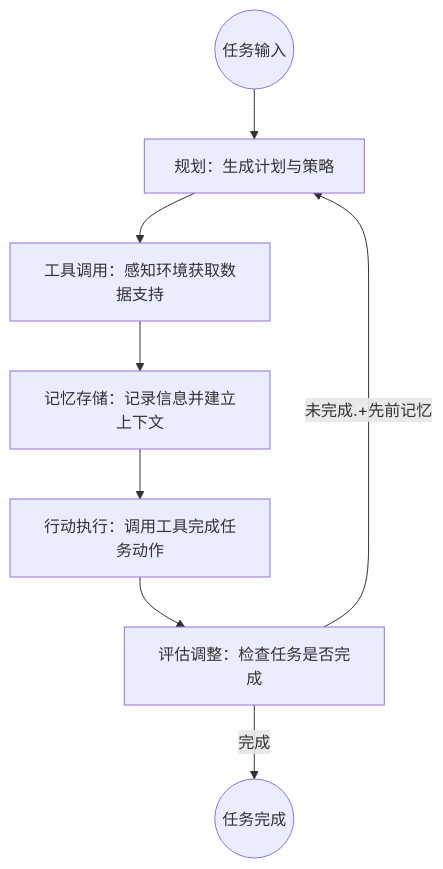
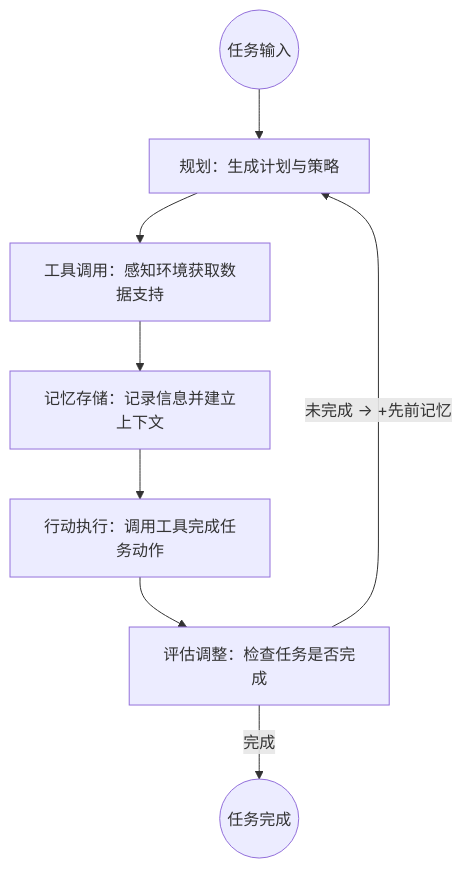
Before and after one commit to CDJ-happier/km: the second of 2 diagrams in Source/LLM Agent开发入门.md, drawn with Mermaid. The commit also changed other lines of this file and 2 other files, not shown here.

````diff
--- a/Source/LLM Agent开发入门.md
+++ b/Source/LLM Agent开发入门.md
@@ -33,10 +33,10 @@
 ```mermaid
 flowchart TD
     Start(("任务输入")) --> Planning["规划：生成计划与策略"]
     Planning --> Tool["工具调用：感知环境获取数据支持"]
     Tool --> Memory["记忆存储：记录信息并建立上下文"]
     Memory --> Action["行动执行：调用工具完成任务动作"]
     Action --> Evaluate["评估调整：检查任务是否完成"]
-    Evaluate -- 未完成.+先前记忆 --> Planning
+    Evaluate -- 未完成 -> +先前记忆 --> Planning
     Evaluate -- 完成 --> End(("任务完成"))
 ```
````
